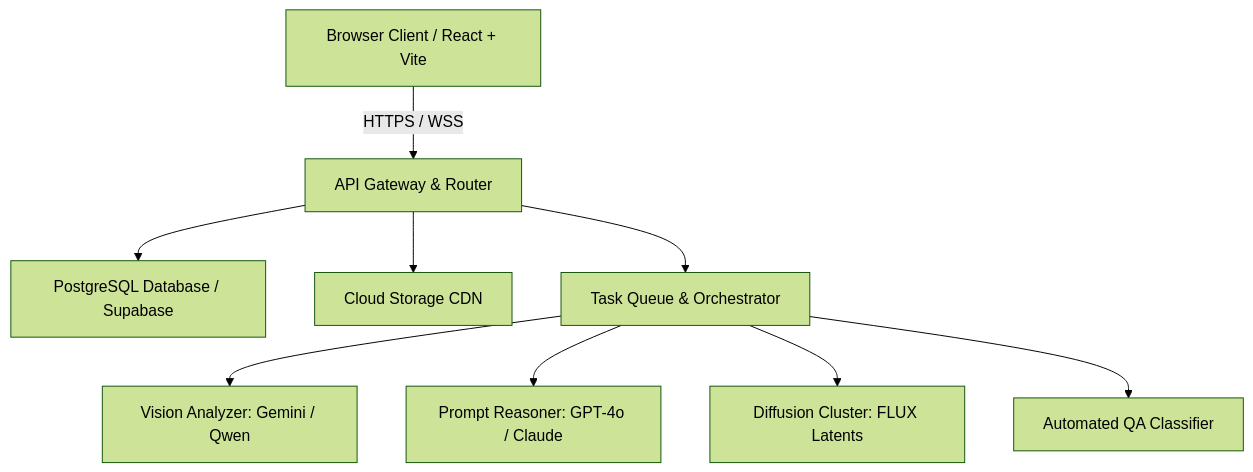
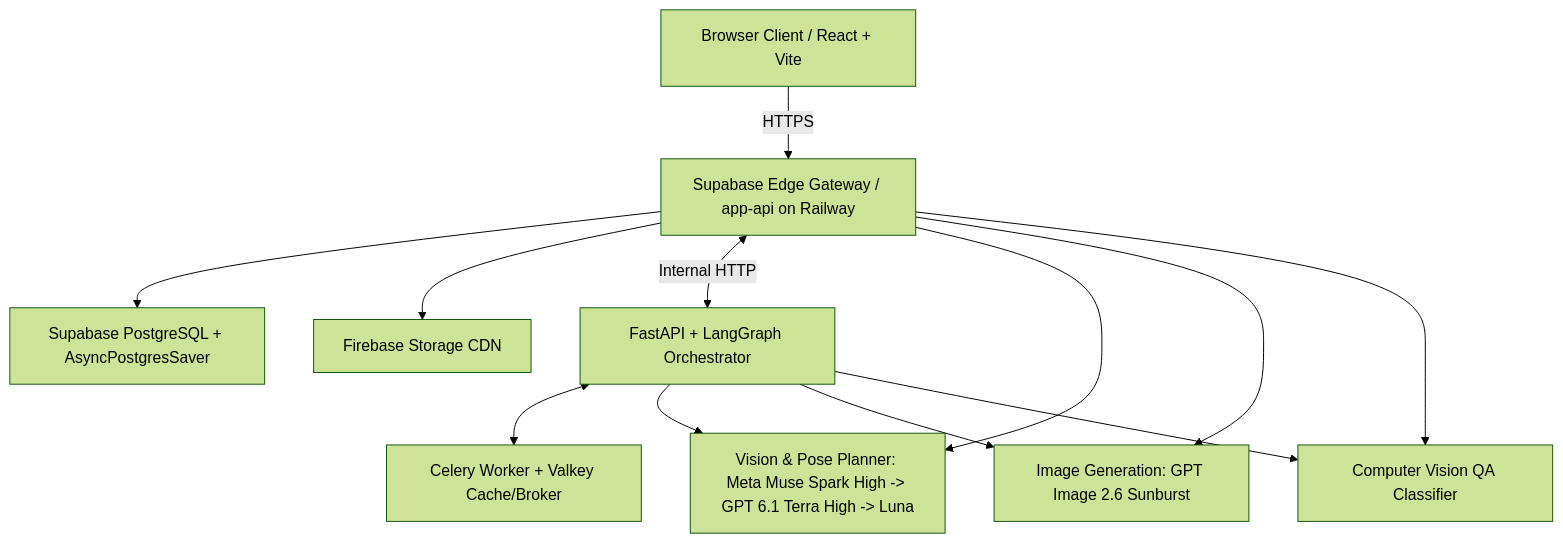
Before and after one commit to pawanshukla500/aistudio-youthnic: the diagram in youthnic-ai-studio-docs/developer/architecture-overview.mdx, drawn with Mermaid (forest theme). The commit also changed other lines of this file and 26 other files, not shown here.

Commit message:
feat(ai-routing): route product_truth via Meta high + GPT 6.1 Terra high and codify /ponytail + /graphify docs

````diff
--- a/youthnic-ai-studio-docs/developer/architecture-overview.mdx
+++ b/youthnic-ai-studio-docs/developer/architecture-overview.mdx
@@ -14,11 +14,11 @@
 ```mermaid
 graph TD
-    A[Browser Client / React + Vite] -->|HTTPS / WSS| B[API Gateway & Router]
-    B --> C[PostgreSQL Database / Supabase]
-    B --> D[Cloud Storage CDN]
-    B --> E[Task Queue & Orchestrator]
-    E --> F[Vision Analyzer: Gemini / Qwen]
-    E --> G[Prompt Reasoner: GPT-4o / Claude]
-    E --> H[Diffusion Cluster: FLUX Latents]
-    E --> I[Automated QA Classifier]
+    A[Browser Client / React + Vite] -->|HTTPS| B[Supabase Edge Gateway / app-api on Railway]
+    B --> C[Supabase PostgreSQL + AsyncPostgresSaver]
+    B --> D[Firebase Storage CDN]
+    B <-->|Internal HTTP| E[FastAPI + LangGraph Orchestrator]
+    E <--> F[Celery Worker + Valkey Cache/Broker]
+    B & E --> G[Vision & Pose Planner: Meta Muse Spark High -> GPT 6.1 Terra High -> Luna]
+    B & E --> H[Image Generation: GPT Image 2.6 Sunburst]
+    B & E --> I[Computer Vision QA Classifier]
 ```
````
